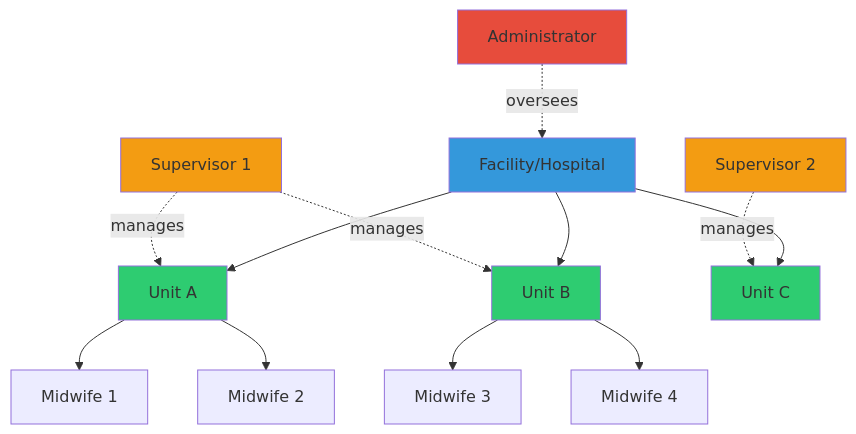
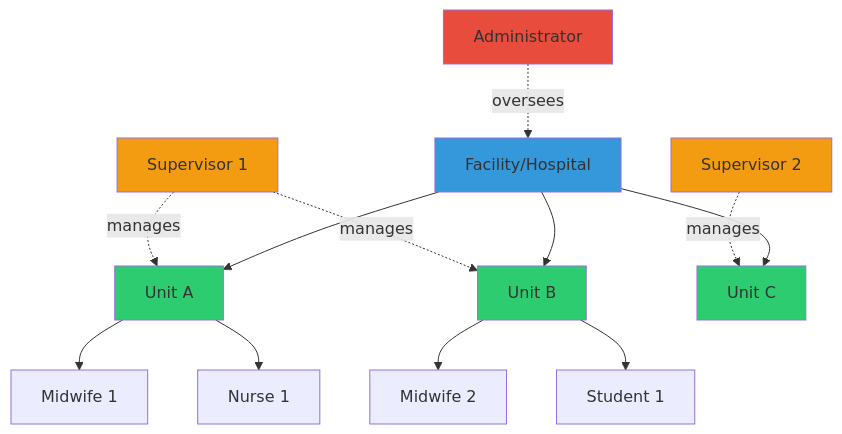
Before and after one commit to Abdulhalim7177/MotivAid-Native: the first of 3 diagrams in docs/SYSTEM_DESCRIPTION.md, drawn with Mermaid. The commit also changed other lines of this file and 14 other files, not shown here.

````diff
--- a/docs/SYSTEM_DESCRIPTION.md
+++ b/docs/SYSTEM_DESCRIPTION.md
@@ -11,25 +11,25 @@
 ```mermaid
 graph TD
     F[Facility/Hospital] --> U1[Unit A]
     F --> U2[Unit B]
     F --> U3[Unit C]
 
     U1 --> M1[Midwife 1]
-    U1 --> M2[Midwife 2]
-    U2 --> M3[Midwife 3]
-    U2 --> M4[Midwife 4]
+    U1 --> M2[Nurse 1]
+    U2 --> M3[Midwife 2]
+    U2 --> M4[Student 1]
 
     S1[Supervisor 1] -.manages.-> U1
     S1 -.manages.-> U2
     S2[Supervisor 2] -.manages.-> U3
 
     A[Administrator] -.oversees.-> F
 
     style F fill:#3498db
     style U1 fill:#2ecc71
     style U2 fill:#2ecc71
     style U3 fill:#2ecc71
     style A fill:#e74c3c
     style S1 fill:#f39c12
     style S2 fill:#f39c12
 ```
````
